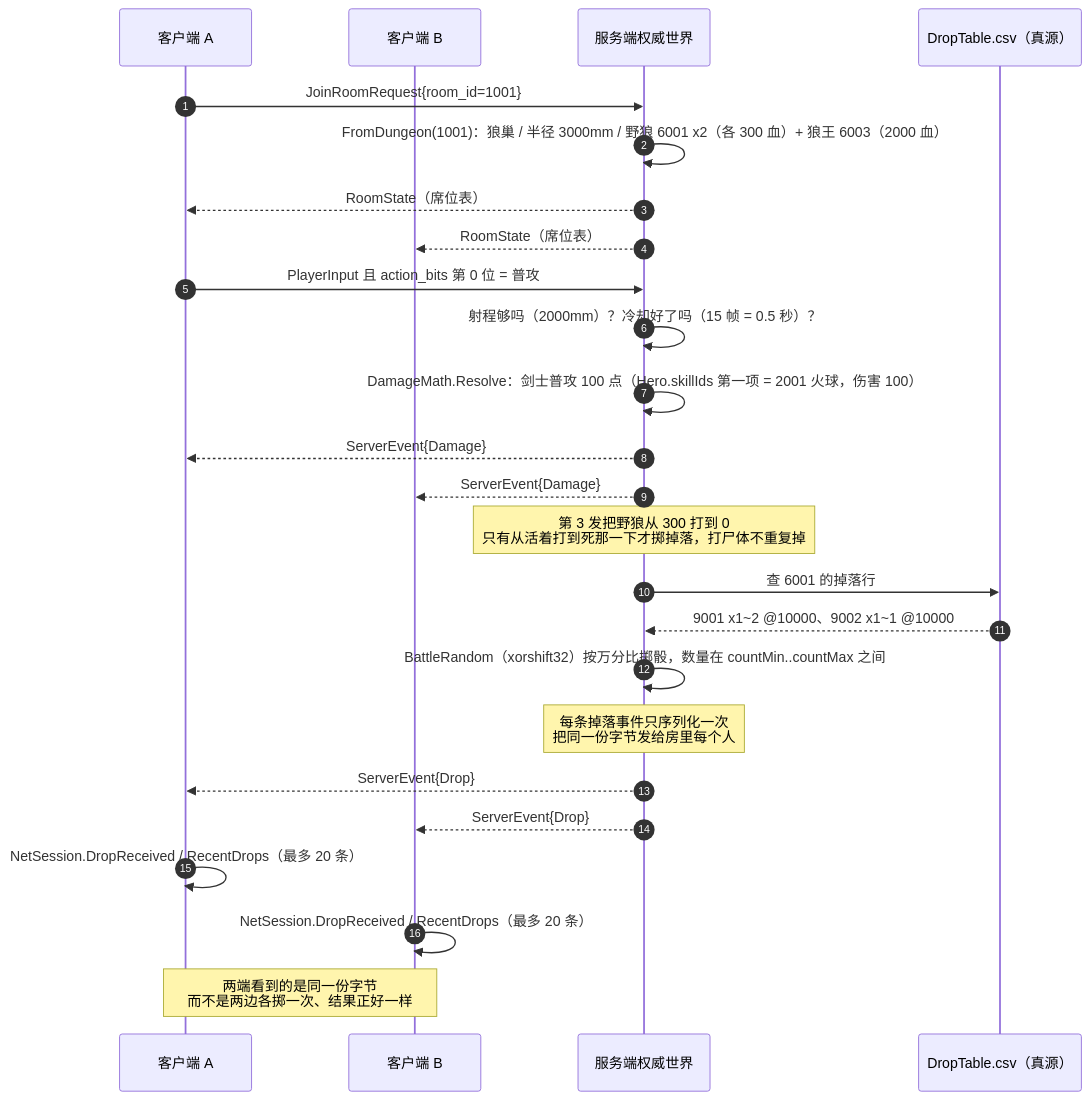
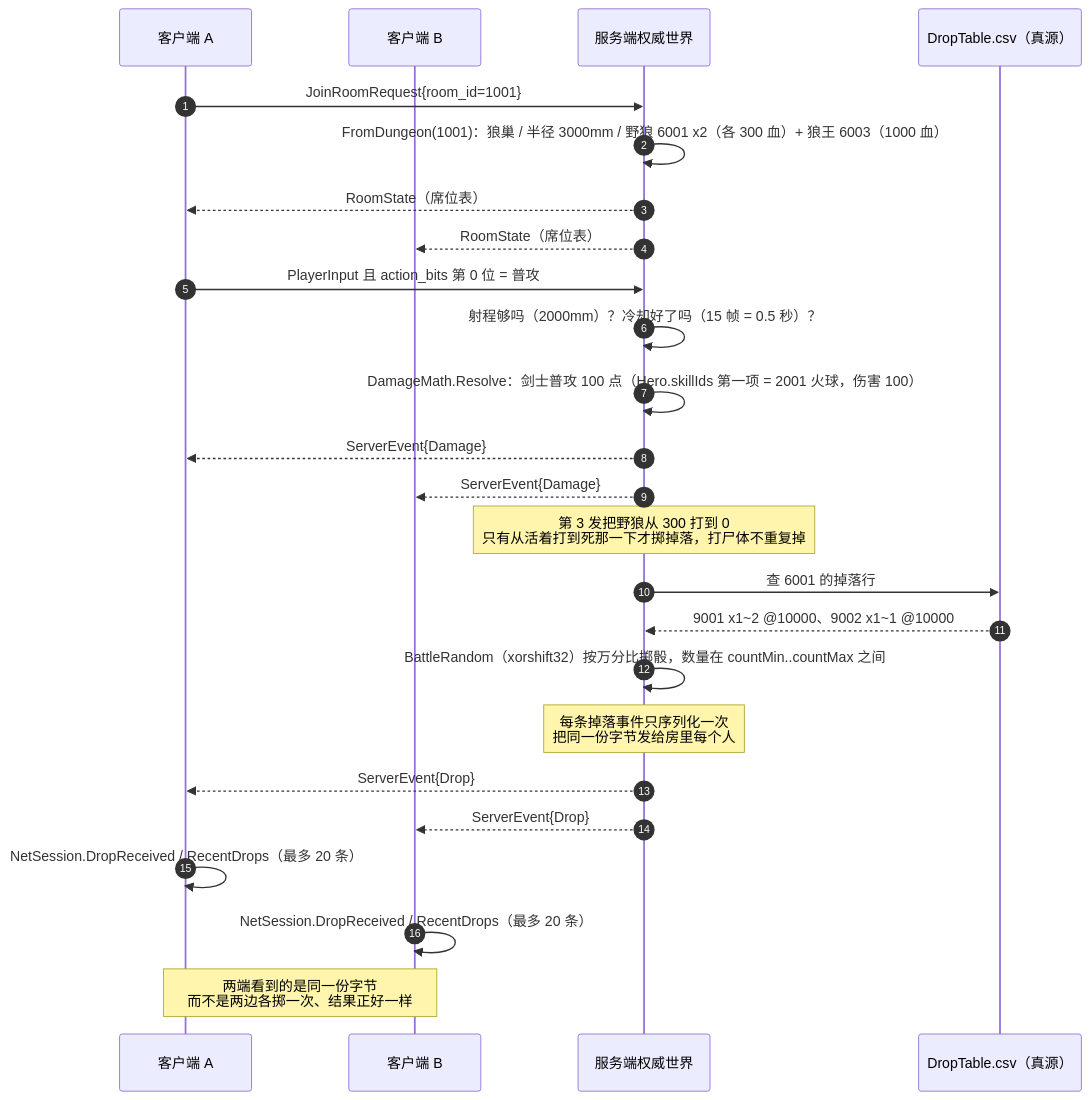
One commit to FridayNoob/NBC-3D-Networked-Battle changed the first of 2 diagrams in Docs/图/02-副本·掉落·任务闭环.md. Above: the diagram before and after it, drawn with Mermaid. The commit also changed other lines of this file and 8 other files, not shown here.

````diff
--- a/Docs/图/02-副本·掉落·任务闭环.md
+++ b/Docs/图/02-副本·掉落·任务闭环.md
@@ -11,29 +11,29 @@
 ```mermaid
 sequenceDiagram
     autonumber
     participant A as 客户端 A
     participant B as 客户端 B
     participant S as 服务端权威世界
     participant D as DropTable.csv（真源）
 
     A->>S: JoinRoomRequest{room_id=1001}
-    S->>S: FromDungeon(1001)：狼巢 / 半径 3000mm / 野狼 6001 x2（各 300 血）+ 狼王 6003（2000 血）
+    S->>S: FromDungeon(1001)：狼巢 / 半径 3000mm / 野狼 6001 x2（各 300 血）+ 狼王 6003（1000 血）
     S-->>A: RoomState（席位表）
     S-->>B: RoomState（席位表）
 
     A->>S: PlayerInput 且 action_bits 第 0 位 = 普攻
     S->>S: 射程够吗（2000mm）？冷却好了吗（15 帧 = 0.5 秒）？
     S->>S: DamageMath.Resolve：剑士普攻 100 点（Hero.skillIds 第一项 = 2001 火球，伤害 100）
     S-->>A: ServerEvent{Damage}
     S-->>B: ServerEvent{Damage}
     Note over S: 第 3 发把野狼从 300 打到 0<br/>只有从活着打到死那一下才掷掉落，打尸体不重复掉
     S->>D: 查 6001 的掉落行
     D-->>S: 9001 x1~2 @10000、9002 x1~1 @10000
     S->>S: BattleRandom（xorshift32）按万分比掷骰，数量在 countMin..countMax 之间
     Note over S: 每条掉落事件只序列化一次<br/>把同一份字节发给房里每个人
     S-->>A: ServerEvent{Drop}
     S-->>B: ServerEvent{Drop}
     A->>A: NetSession.DropReceived / RecentDrops（最多 20 条）
     B->>B: NetSession.DropReceived / RecentDrops（最多 20 条）
     Note over A,B: 两端看到的是同一份字节<br/>而不是两边各掷一次、结果正好一样
 ```
````
